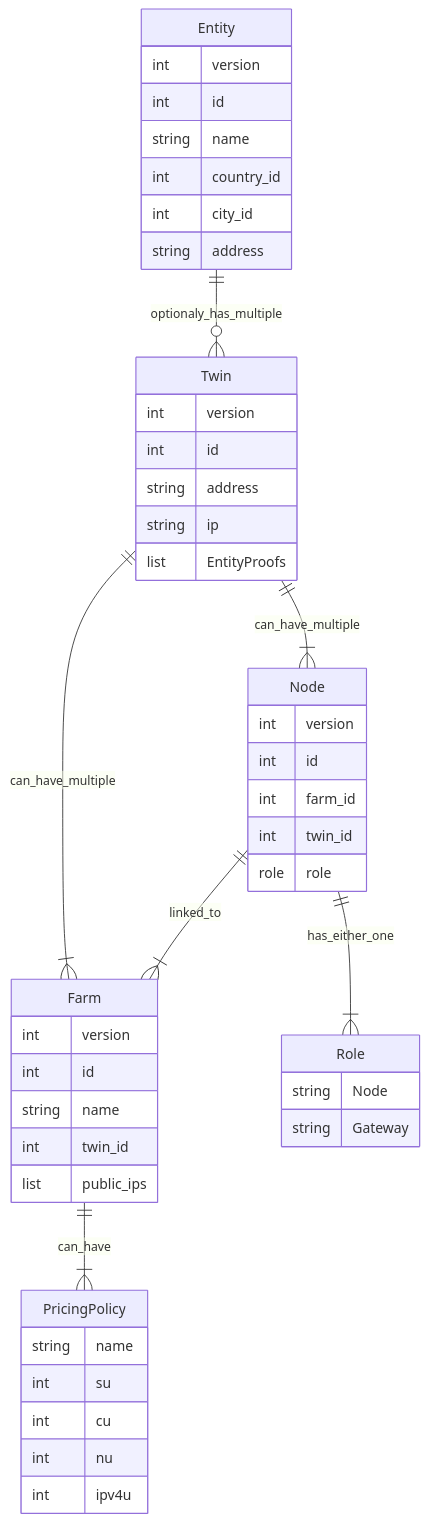
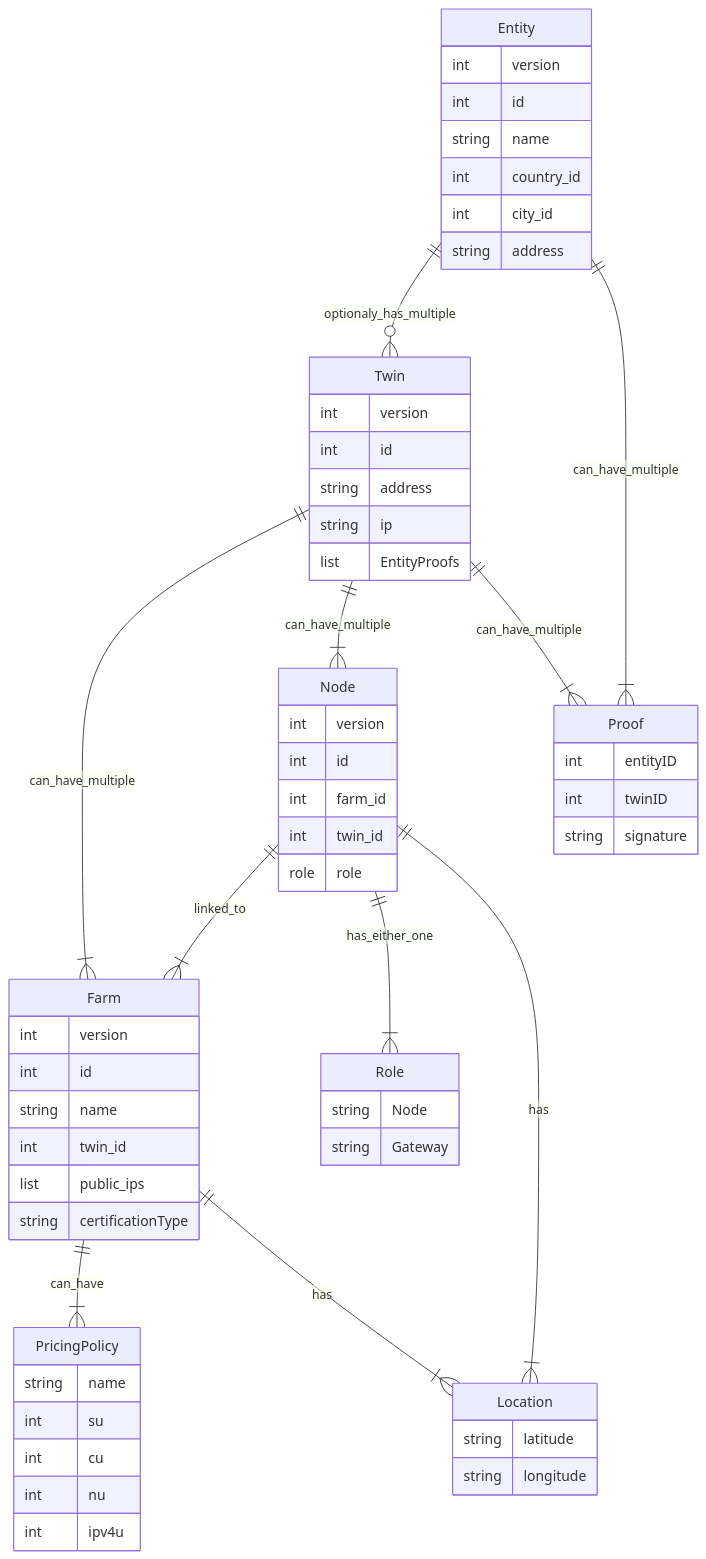
One commit to threefoldtecharchive/tfchain_pallets changed the diagram in pallet-tfgrid/diagram.md. Above: the diagram before and after it, drawn with Mermaid. The commit also changed 1 other file, not shown here.

Commit message:
update diagram

````diff
--- a/pallet-tfgrid/diagram.md
+++ b/pallet-tfgrid/diagram.md
@@ -1,49 +1,63 @@
 ```mermaid
 erDiagram
     Entity ||--o{ Twin : optionaly_has_multiple
     Entity {
         int version
         int id
         string name
         int country_id
         int city_id
         string address
     }
     Twin ||--|{ Farm : can_have_multiple
     Twin ||--|{ Node : can_have_multiple
     Twin {
         int version
         int id
         string address
         string ip
         list EntityProofs
     }
+    Twin ||--|{ Proof : can_have_multiple
+    Entity ||--|{ Proof : can_have_multiple
+    Proof {
+        int entityID
+        int twinID
+        string signature
+    }
     Node ||--|{ Farm : linked_to
     Node ||--|{ Role : has_either_one
     Farm {
         int version
         int id
         string name
         int twin_id
         list public_ips
+        string certificationType
     }
     Farm ||--|{ PricingPolicy : can_have
     Node {
         int version
         int id
         int farm_id
         int twin_id
         role role
     }
     Role {
         string Node
         string Gateway
     }
     PricingPolicy {
         string name
         int su
         int cu
         int nu
         int ipv4u
     }
+    Location {
+        string latitude
+        string longitude
+    }
+    Farm ||--|{ Location : has
+    Node ||--|{ Location : has
 ```
````
